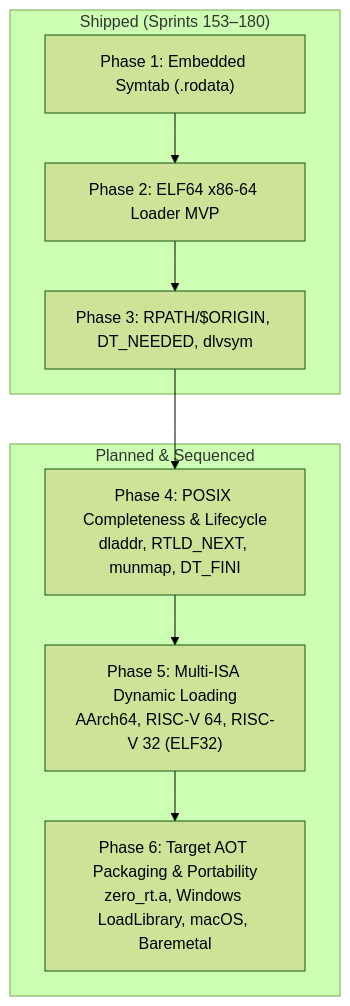
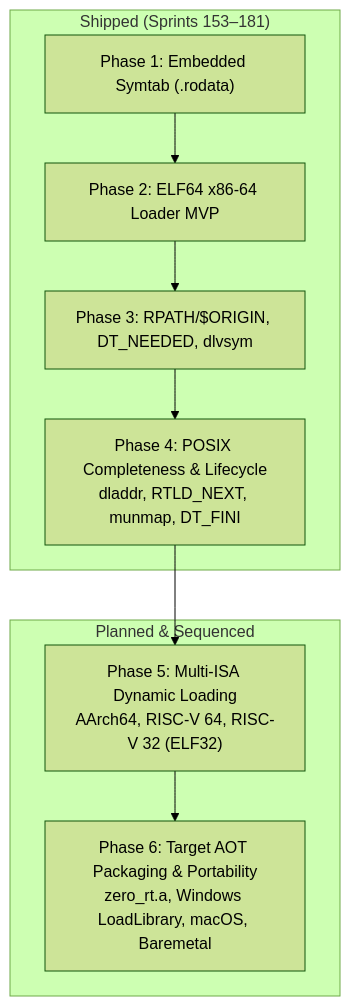
One commit to wxcdart/qnz_c_compiler changed the second of 2 diagrams in docs/okf/host-runtime-and-portability.md. Above: the diagram before and after it, drawn with Mermaid (forest theme). The commit also changed other lines of this file and 8 other files, not shown here.

Commit message:
feat(dlfcn): implement Phase 4 POSIX dynamic loading completeness and DSO lifecycle

````diff
--- a/docs/okf/host-runtime-and-portability.md
+++ b/docs/okf/host-runtime-and-portability.md
@@ -290,16 +290,16 @@
 ```mermaid
 flowchart TD
-    subgraph Shipped ["Shipped (Sprints 153–180)"]
+    subgraph Shipped ["Shipped (Sprints 153–181)"]
         P1["Phase 1: Embedded Symtab (.rodata)"]
         P2["Phase 2: ELF64 x86-64 Loader MVP"]
         P3["Phase 3: RPATH/$ORIGIN, DT_NEEDED, dlvsym"]
+        P4["Phase 4: POSIX Completeness & Lifecycle<br/>dladdr, RTLD_NEXT, munmap, DT_FINI"]
     end
 
     subgraph Planned ["Planned & Sequenced"]
-        P4["Phase 4: POSIX Completeness & Lifecycle<br/>dladdr, RTLD_NEXT, munmap, DT_FINI"]
         P5["Phase 5: Multi-ISA Dynamic Loading<br/>AArch64, RISC-V 64, RISC-V 32 (ELF32)"]
         P6["Phase 6: Target AOT Packaging & Portability<br/>zero_rt.a, Windows LoadLibrary, macOS, Baremetal"]
     end
 
     P1 --> P2 --> P3 --> P4 --> P5 --> P6
 ```
````
